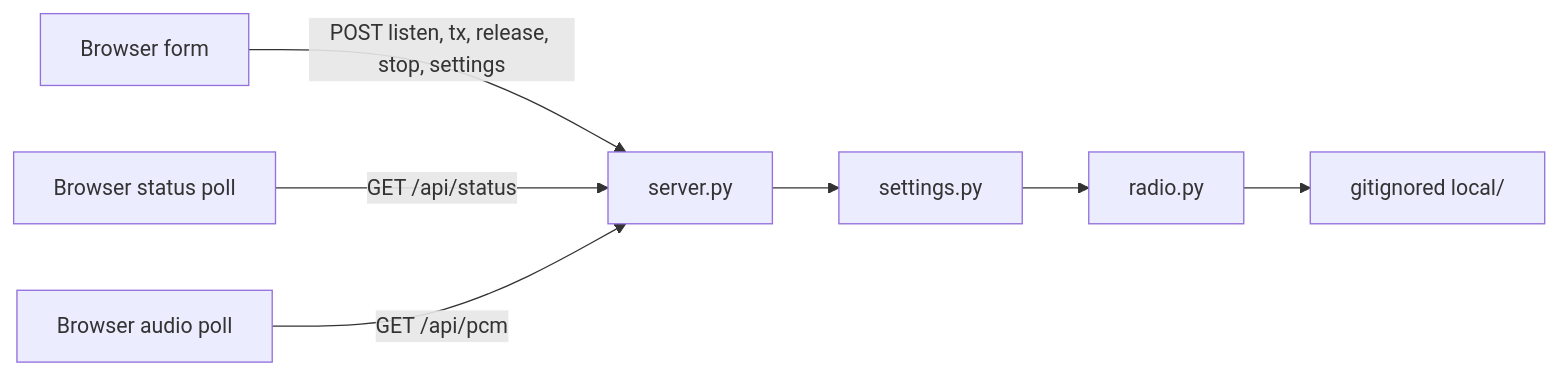
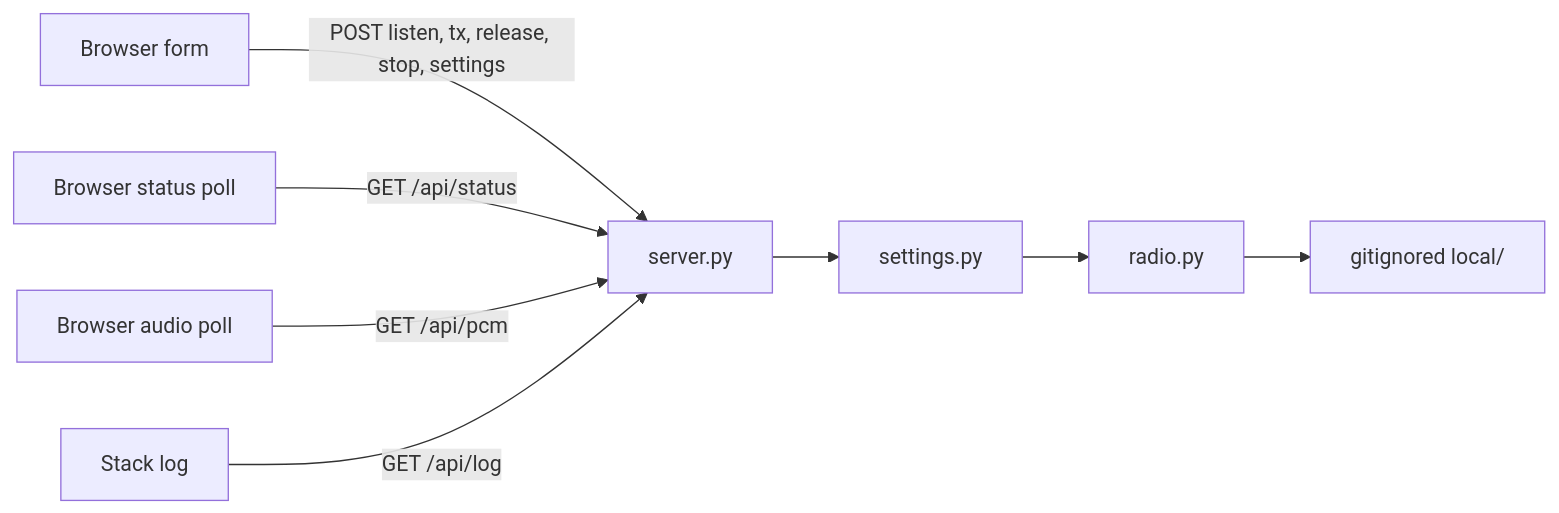
The third of 5 diagrams in README.md (tmdrake/jim-p25), drawn with Mermaid before and after one commit. The commit also changed other lines of this file and 9 other files, not shown here.

First line of the commit message:
Add analog audio, stack log, and P25/FM/AM enables.

````diff
--- a/README.md
+++ b/README.md
@@ -132,9 +133,10 @@
 ```mermaid
 flowchart LR
     form[Browser form] -->|POST listen, tx, release, stop, settings| api[server.py]
     api --> settings[settings.py]
     settings --> radio[radio.py]
     radio --> local[gitignored local/]
     browserPoll[Browser status poll] -->|GET /api/status| api
     pcmPoll[Browser audio poll] -->|GET /api/pcm| api
+    logPoll[Stack log] -->|GET /api/log| api
 ```
````
